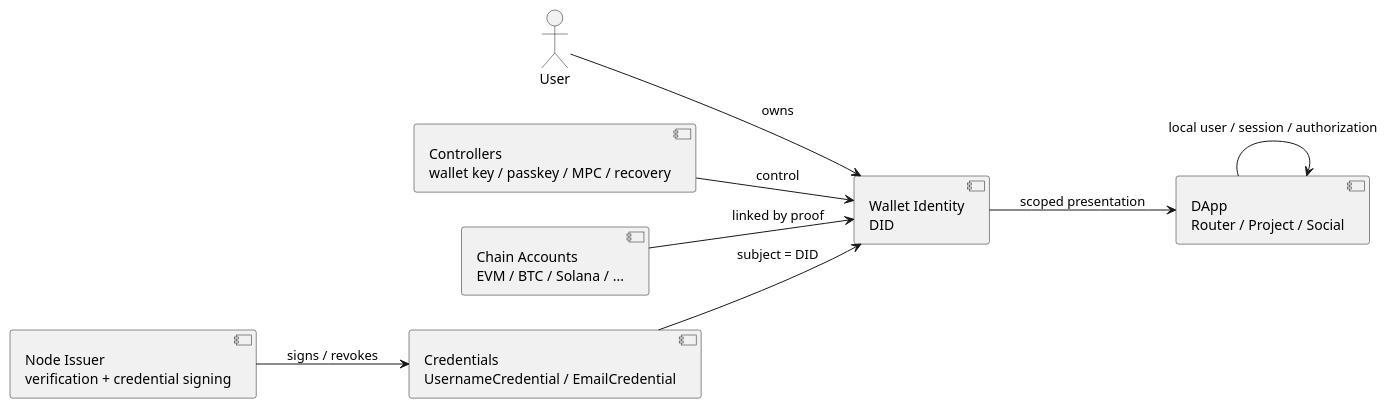
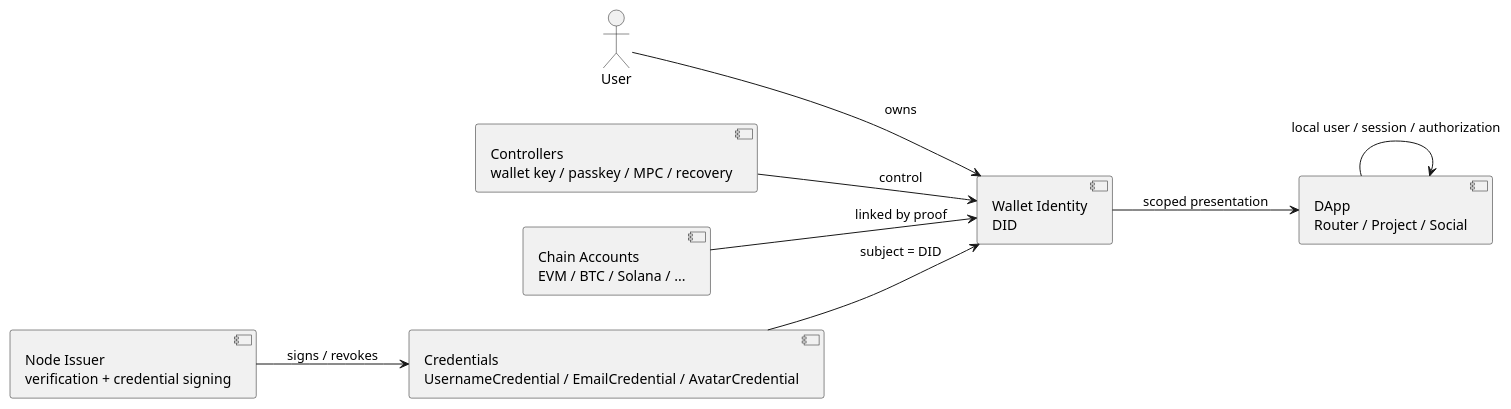
Before and after one commit to yeying-community/wallet: the first of 6 diagrams in docs/钱包身份方案.md, drawn with PlantUML. The commit also changed other lines of this file and 6 other files, not shown here.

Commit message:
Add avatar identity credential support

````diff
--- a/docs/钱包身份方案.md
+++ b/docs/钱包身份方案.md
@@ -43,20 +44,20 @@
 ```plantuml
 @startuml wallet-identity-overview
 left to right direction
 actor User
 component "Wallet Identity\nDID" as Identity
 component "Controllers\nwallet key / passkey / MPC / recovery" as Controllers
 component "Chain Accounts\nEVM / BTC / Solana / ..." as Accounts
 component "Node Issuer\nverification + credential signing" as Node
-component "Credentials\nUsernameCredential / EmailCredential" as Credentials
+component "Credentials\nUsernameCredential / EmailCredential / AvatarCredential" as Credentials
 component "DApp\nRouter / Project / Social" as App
 
 User --> Identity : owns
 Controllers --> Identity : control
 Accounts --> Identity : linked by proof
 Node --> Credentials : signs / revokes
 Credentials --> Identity : subject = DID
 Identity --> App : scoped presentation
 App --> App : local user / session / authorization
 @enduml
 ```
````
